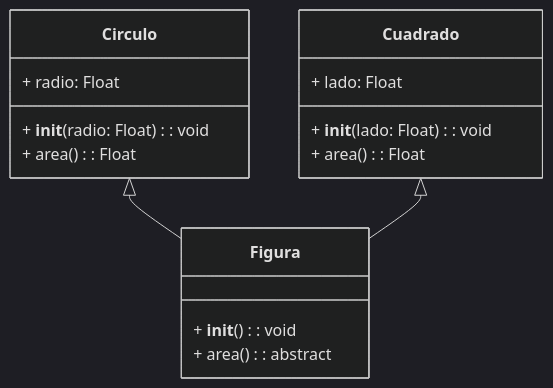
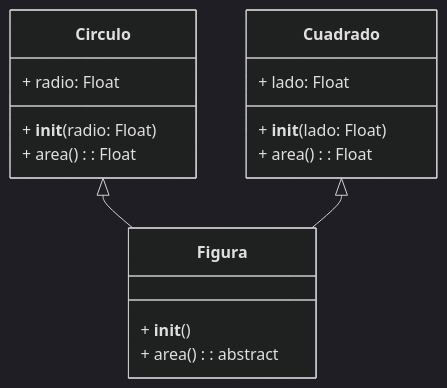
One commit to fegonzalez7/poo_unal_clase10 changed the first of 4 diagrams in README.md. Above: the diagram before and after it, drawn with Mermaid (dark theme).

Commit message:
diagramas2

````diff
--- a/README.md
+++ b/README.md
@@ -16,22 +16,22 @@
  ```mermaid
 classDiagram
 class Figura {
-  + __init__(): void
+  + __init__()
   + area(): abstract
 }
 
 class Cuadrado {
   + lado: Float
-  + __init__(lado: Float): void
+  + __init__(lado: Float)
   + area(): Float
 }
 
 class Circulo {
   + radio: Float
-  + __init__(radio: Float): void
+  + __init__(radio: Float)
   + area(): Float
 }
 
 Circulo <|-- Figura
 Cuadrado <|-- Figura
 ```
````
